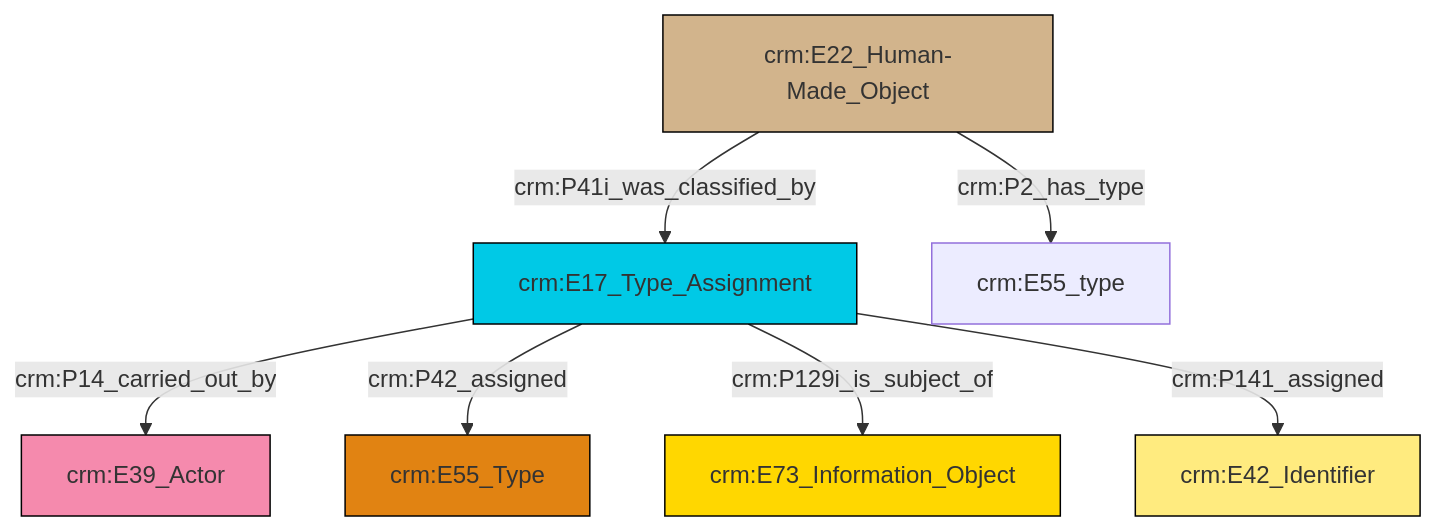
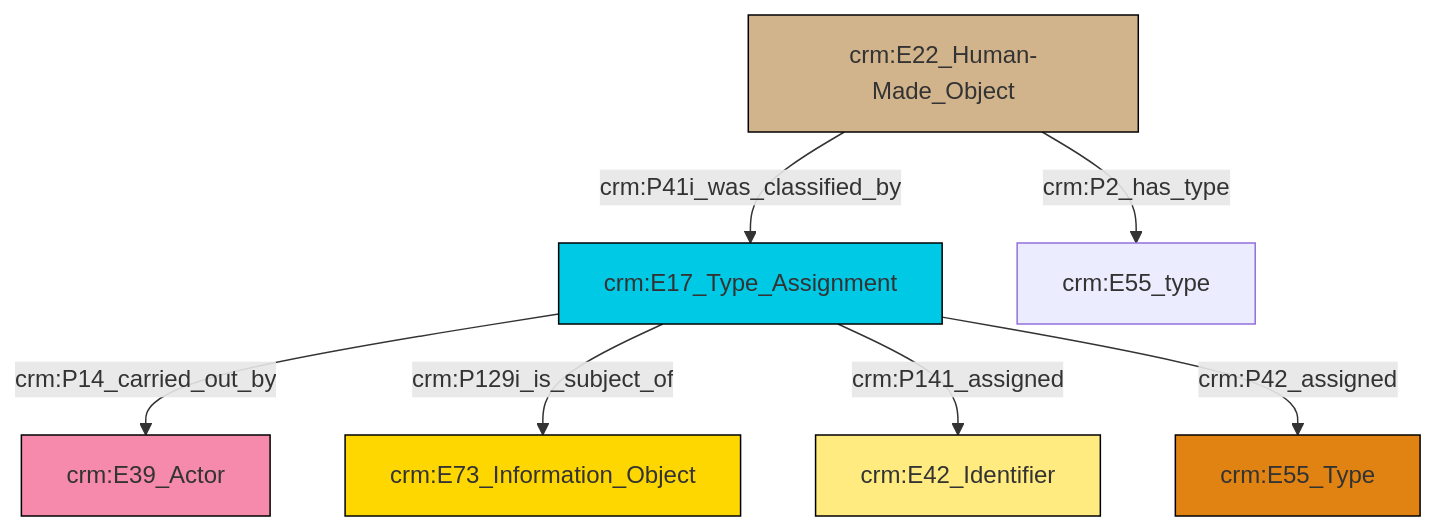
Before and after one commit to swiss-art-research-net/reference-data-models: the diagram in et/builtWorkCSV/ttl/mmd/Built_Work_designation_status.ttl.mmd, drawn with Mermaid. The commit also changed 131 other files, not shown here.

```diff
--- a/et/builtWorkCSV/ttl/mmd/Built_Work_designation_status.ttl.mmd
+++ b/et/builtWorkCSV/ttl/mmd/Built_Work_designation_status.ttl.mmd
@@ -1,21 +1,21 @@
 graph TD
 classDef Literal fill:#f2f2f2,stroke:#000000;
 classDef CRM_Entity fill:#FFFFFF,stroke:#000000;
 classDef Temporal_Entity fill:#00C9E6, stroke:#000000;
 classDef Type fill:#E18312, stroke:#000000;
 classDef Time-Span fill:#2C9C91, stroke:#000000;
 classDef Appellation fill:#FFEB7F, stroke:#000000;
 classDef Place fill:#008836, stroke:#000000;
 classDef Persistent_Item fill:#B266B2, stroke:#000000;
 classDef Conceptual_Object fill:#FFD700, stroke:#000000;
 classDef Physical_Thing fill:#D2B48C, stroke:#000000;
 classDef Actor fill:#f58aad, stroke:#000000;
 classDef PC_Classes fill:#4ce600, stroke:#000000;
 classDef Multi fill:#cccccc,stroke:#000000;
 
-2["crm:E17_Type_Assignment"]:::Temporal_Entity -->|crm:P14_carried_out_by| 0["crm:E39_Actor"]:::Actor
-2["crm:E17_Type_Assignment"]:::Temporal_Entity -->|crm:P42_assigned| 5["crm:E55_Type"]:::Type
-3["crm:E22_Human-Made_Object"]:::Physical_Thing -->|crm:P41i_was_classified_by| 2["crm:E17_Type_Assignment"]:::Temporal_Entity
-2["crm:E17_Type_Assignment"]:::Temporal_Entity -->|crm:P129i_is_subject_of| 7["crm:E73_Information_Object"]:::Conceptual_Object
-3["crm:E22_Human-Made_Object"]:::Physical_Thing -->|crm:P2_has_type| 9["crm:E55_type"]:::Default
-2["crm:E17_Type_Assignment"]:::Temporal_Entity -->|crm:P141_assigned| 12["crm:E42_Identifier"]:::Appellation
+0["crm:E22_Human-Made_Object"]:::Physical_Thing -->|crm:P41i_was_classified_by| 1["crm:E17_Type_Assignment"]:::Temporal_Entity
+1["crm:E17_Type_Assignment"]:::Temporal_Entity -->|crm:P14_carried_out_by| 2["crm:E39_Actor"]:::Actor
+1["crm:E17_Type_Assignment"]:::Temporal_Entity -->|crm:P129i_is_subject_of| 8["crm:E73_Information_Object"]:::Conceptual_Object
+1["crm:E17_Type_Assignment"]:::Temporal_Entity -->|crm:P141_assigned| 9["crm:E42_Identifier"]:::Appellation
+0["crm:E22_Human-Made_Object"]:::Physical_Thing -->|crm:P2_has_type| 3["crm:E55_type"]:::Default
+1["crm:E17_Type_Assignment"]:::Temporal_Entity -->|crm:P42_assigned| 6["crm:E55_Type"]:::Type
```
